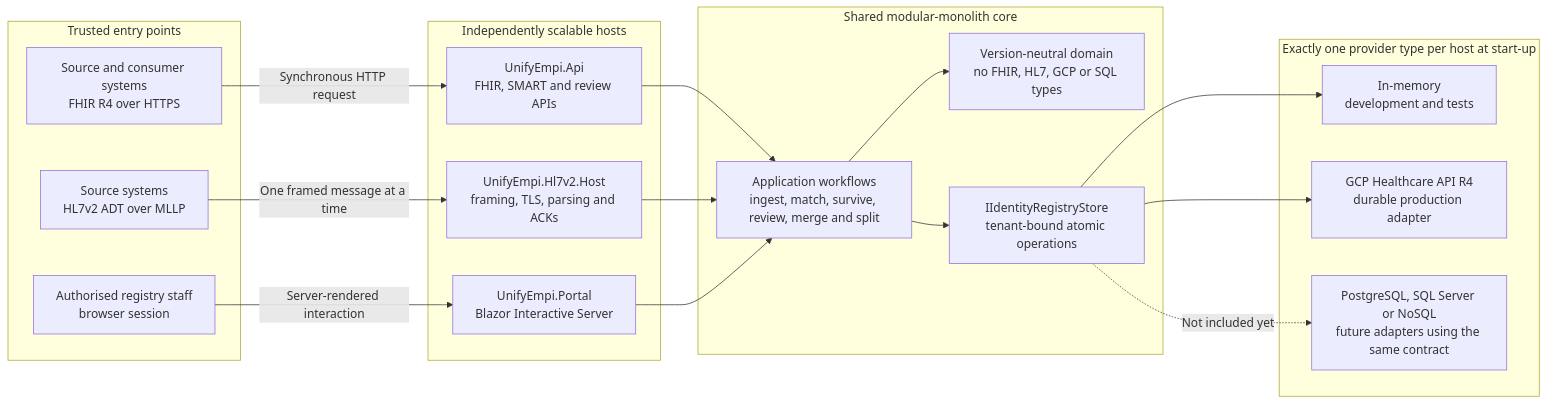
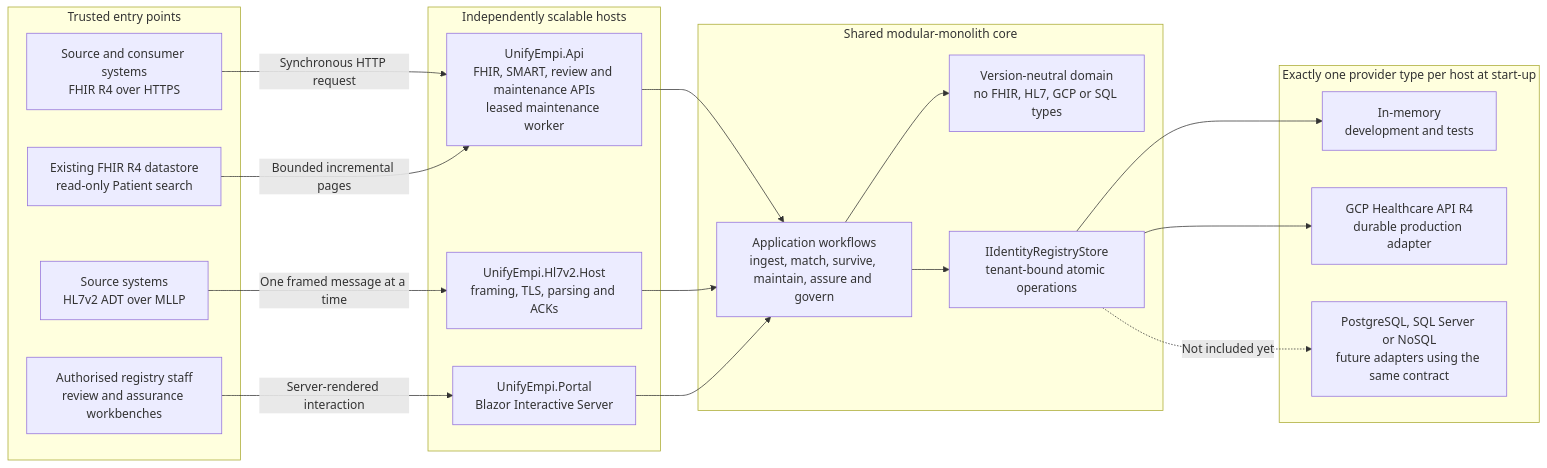
One commit to Lumbridge/FhirMpi changed the first of 11 diagrams in docs-site/src/content/docs/architecture/core-paths.md. Above: the diagram before and after it, drawn with Mermaid. The commit also changed other lines of this file and 15 other files, not shown here.

````diff
--- a/docs-site/src/content/docs/architecture/core-paths.md
+++ b/docs-site/src/content/docs/architecture/core-paths.md
@@ -35,38 +42,40 @@
 ```mermaid
 flowchart LR
     subgraph callers["Trusted entry points"]
         FHIR["Source and consumer systems<br/>FHIR R4 over HTTPS"]
+        EXTERNAL["Existing FHIR R4 datastore<br/>read-only Patient search"]
         HL7["Source systems<br/>HL7v2 ADT over MLLP"]
-        USER["Authorised registry staff<br/>browser session"]
+        USER["Authorised registry staff<br/>review and assurance workbenches"]
     end
 
     subgraph hosts["Independently scalable hosts"]
-        API["UnifyEmpi.Api<br/>FHIR, SMART and review APIs"]
+        API["UnifyEmpi.Api<br/>FHIR, SMART, review and maintenance APIs<br/>leased maintenance worker"]
         MLLP["UnifyEmpi.Hl7v2.Host<br/>framing, TLS, parsing and ACKs"]
         PORTAL["UnifyEmpi.Portal<br/>Blazor Interactive Server"]
     end
 
     subgraph core["Shared modular-monolith core"]
-        APP["Application workflows<br/>ingest, match, survive, review, merge and split"]
+        APP["Application workflows<br/>ingest, match, survive, maintain, assure and govern"]
         DOMAIN["Version-neutral domain<br/>no FHIR, HL7, GCP or SQL types"]
         CONTRACT["IIdentityRegistryStore<br/>tenant-bound atomic operations"]
     end
 
     subgraph providers["Exactly one provider type per host at start-up"]
         MEMORY["In-memory<br/>development and tests"]
         GCP["GCP Healthcare API R4<br/>durable production adapter"]
         FUTURE["PostgreSQL, SQL Server or NoSQL<br/>future adapters using the same contract"]
     end
 
     FHIR -->|"Synchronous HTTP request"| API
+    EXTERNAL -->|"Bounded incremental pages"| API
     HL7 -->|"One framed message at a time"| MLLP
     USER -->|"Server-rendered interaction"| PORTAL
     API --> APP
     MLLP --> APP
     PORTAL --> APP
     APP --> DOMAIN
     APP --> CONTRACT
     CONTRACT --> MEMORY
     CONTRACT --> GCP
     CONTRACT -.->|"Not included yet"| FUTURE
 ```
````
